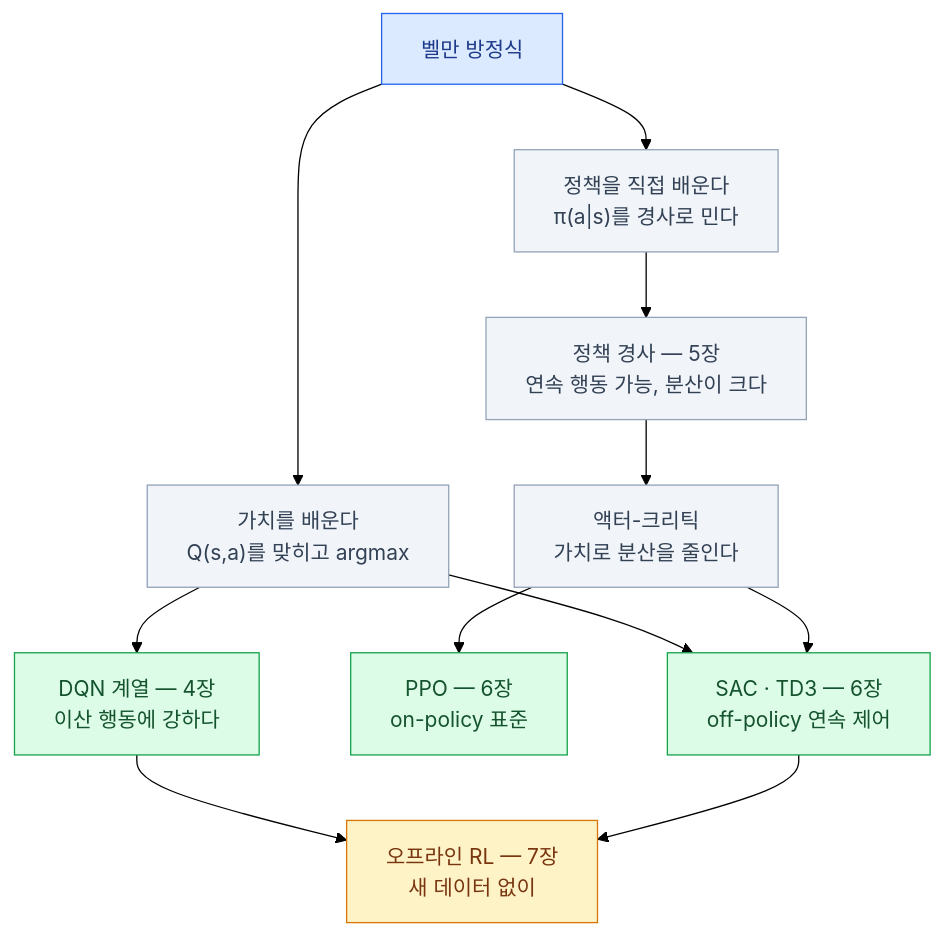
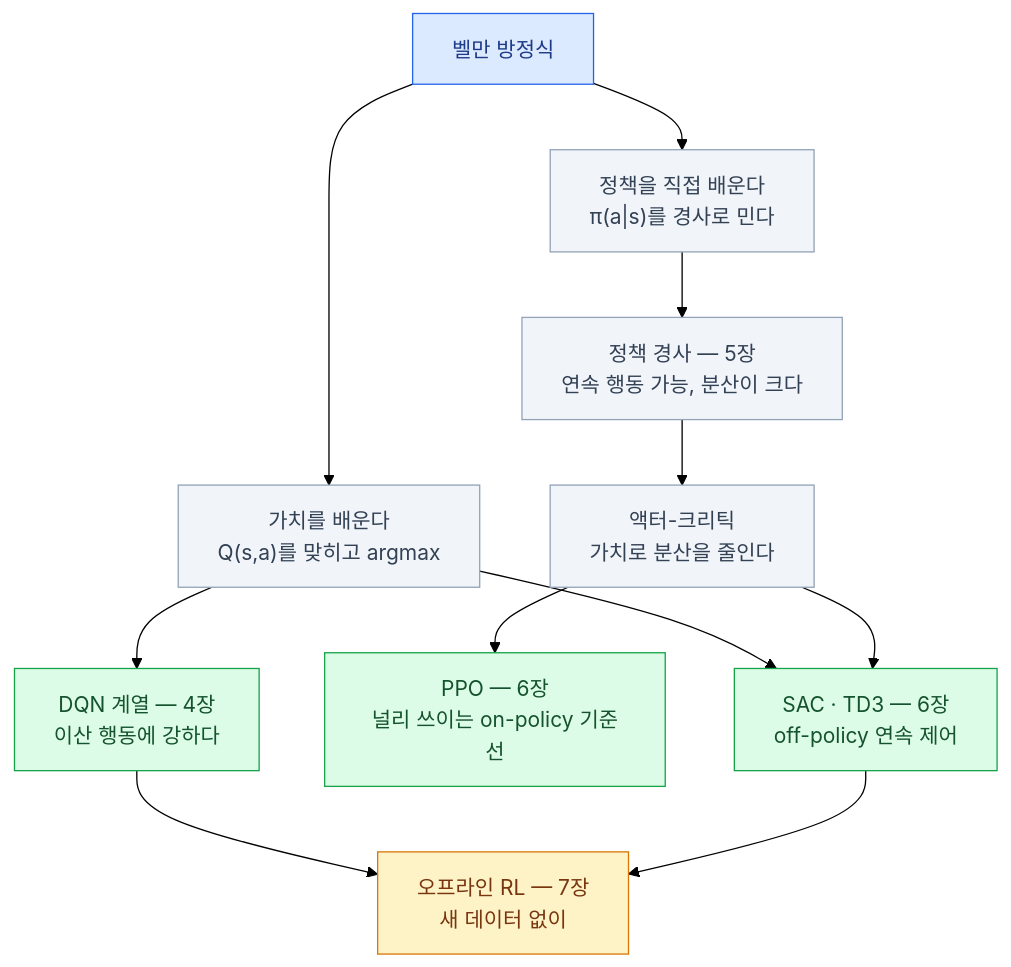
The second of 2 diagrams in src/content/docs/rl/03-value.mdx (mechurak/study-starlight), drawn with Mermaid (forest theme) before and after one commit. The commit also changed other lines of this file and 21 other files, not shown here.

````diff
--- a/src/content/docs/rl/03-value.mdx
+++ b/src/content/docs/rl/03-value.mdx
@@ -223,22 +228,22 @@
 ```mermaid
 flowchart TB
     B["벨만 방정식"] --> V["가치를 배운다<br/>Q(s,a)를 맞히고 argmax"]
     B --> P["정책을 직접 배운다<br/>π(a|s)를 경사로 민다"]
     V --> DQN["DQN 계열 — 4장<br/>이산 행동에 강하다"]
     P --> PG["정책 경사 — 5장<br/>연속 행동 가능, 분산이 크다"]
     PG --> AC["액터-크리틱<br/>가치로 분산을 줄인다"]
-    AC --> PPO["PPO — 6장<br/>on-policy 표준"]
+    AC --> PPO["PPO — 6장<br/>널리 쓰이는 on-policy 기준선"]
     V --> SAC["SAC · TD3 — 6장<br/>off-policy 연속 제어"]
     AC --> SAC
     DQN --> OFF["오프라인 RL — 7장<br/>새 데이터 없이"]
     SAC --> OFF
 
     classDef key  fill:#dbeafe,stroke:#2563eb,color:#1e3a8a
     classDef ok   fill:#dcfce7,stroke:#16a34a,color:#14532d
     classDef warn fill:#fef3c7,stroke:#d97706,color:#78350f
     classDef mute fill:#f1f5f9,stroke:#94a3b8,color:#334155
     class B key
     class DQN,PPO,SAC ok
     class OFF warn
     class V,P,PG,AC mute
 ```
````
